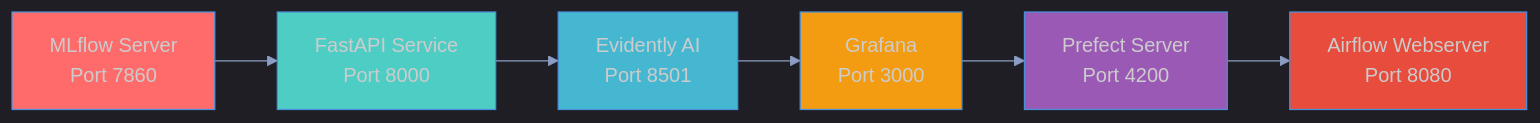
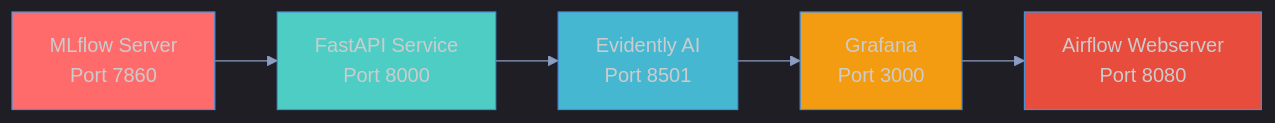
Before and after one commit to jinsudai/jinsudai: the second of 10 diagrams in Services/slidev/slides.md, drawn with Mermaid. The commit also changed other lines of this file and 12 other files, not shown here.

````diff
--- a/Services/slidev/slides.md
+++ b/Services/slidev/slides.md
@@ -66,16 +66,14 @@
 ```mermaid
 %%{init: {'theme': 'dark', 'themeVariables': {'primaryColor': '#1e3a5f', 'primaryTextColor': '#ffffff', 'primaryBorderColor': '#4a90d9', 'lineColor': '#8b9dc3', 'secondaryColor': '#2d4a6f', 'tertiaryColor': '#3d5a7f', 'background': '#0f172a', 'mainBkg': '#1e3a5f', 'nodeBorder': '#4a90d9', 'clusterBkg': '#1e293b', 'clusterBorder': '#334155', 'titleColor': '#f1f5f9', 'edgeLabelBackground': '#1e3a5f'}}}%%
 graph LR
     ML1[MLflow Server<br/>Port 7860] --> FA1[FastAPI Service<br/>Port 8000]
     FA1 --> EV1[Evidently AI<br/>Port 8501]
     EV1 --> GR1[Grafana<br/>Port 3000]
-    GR1 --> PF1[Prefect Server<br/>Port 4200]
-    PF1 --> AF1[Airflow Webserver<br/>Port 8080]
+    GR1 --> AF1[Airflow Webserver<br/>Port 8080]
     
     style ML1 fill:#ff6b6b
     style FA1 fill:#4ecdc4
     style EV1 fill:#45b7d1
     style GR1 fill:#f39c12
-    style PF1 fill:#9b59b6
     style AF1 fill:#e74c3c
 ```
````
